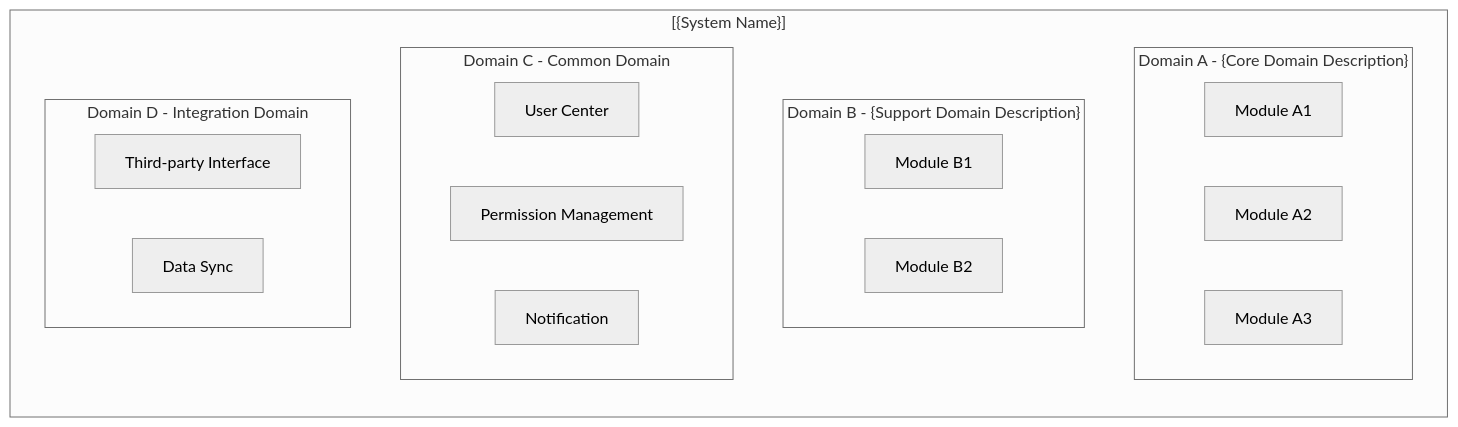
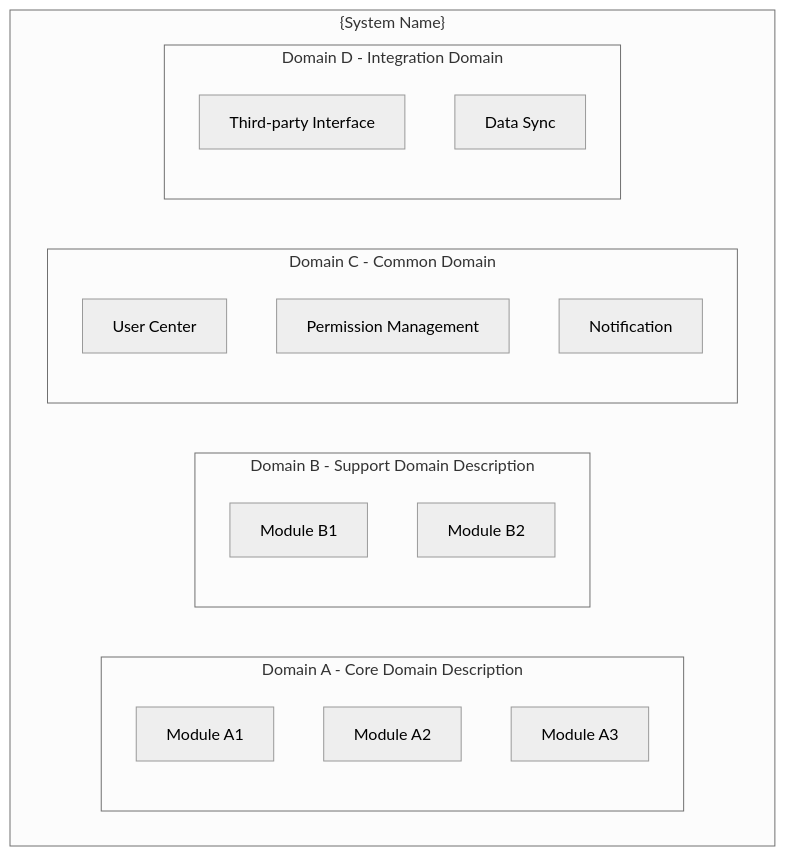
One commit to charlesmu99/speccrew changed the first of 5 diagrams in .speccrew/skills/speccrew-knowledge-system-summarize/templates/SYSTEM-OVERVIEW-TEMPLATE.md. Above: the diagram before and after it, drawn with Mermaid (neutral theme). The commit also changed other lines of this file and 9 other files, not shown here.

First line of the commit message:
feat(knowledge-skills): enhance documentation templates with source traceability and Mermaid compatibility

````diff
--- a/.speccrew/skills/speccrew-knowledge-system-summarize/templates/SYSTEM-OVERVIEW-TEMPLATE.md
+++ b/.speccrew/skills/speccrew-knowledge-system-summarize/templates/SYSTEM-OVERVIEW-TEMPLATE.md
@@ -52,28 +58,26 @@
 ```mermaid
 graph TB
-    subgraph System["[{System Name}]"]
-        direction TB
-        
-        subgraph DA["Domain A - {Core Domain Description}"]
+    subgraph System["{System Name}"]
+        subgraph DA["Domain A - Core Domain Description"]
             A1[Module A1]
             A2[Module A2]
             A3[Module A3]
         end
         
-        subgraph DB["Domain B - {Support Domain Description}"]
+        subgraph DB["Domain B - Support Domain Description"]
             B1[Module B1]
             B2[Module B2]
         end
         
         subgraph DC["Domain C - Common Domain"]
             UC[User Center]
             PM[Permission Management]
             NM[Notification]
         end
         
         subgraph DD["Domain D - Integration Domain"]
             TI[Third-party Interface]
             DS[Data Sync]
         end
     end
 ```
````
